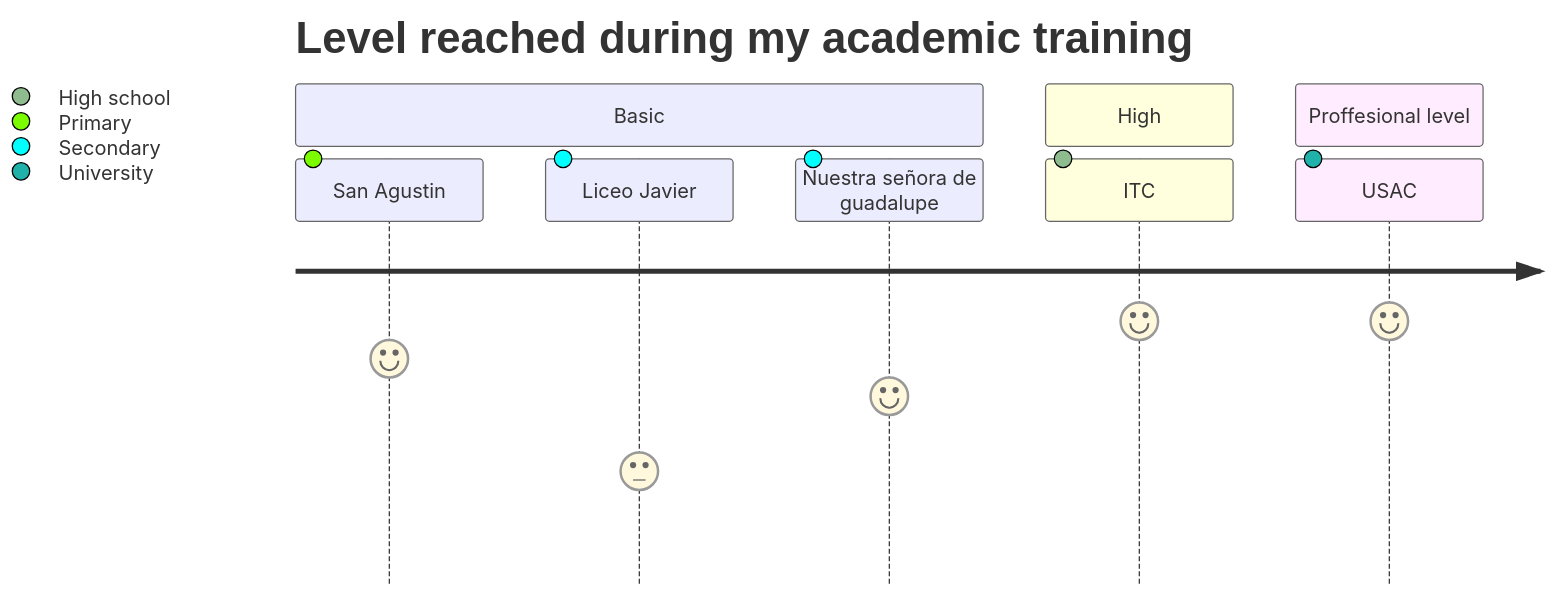
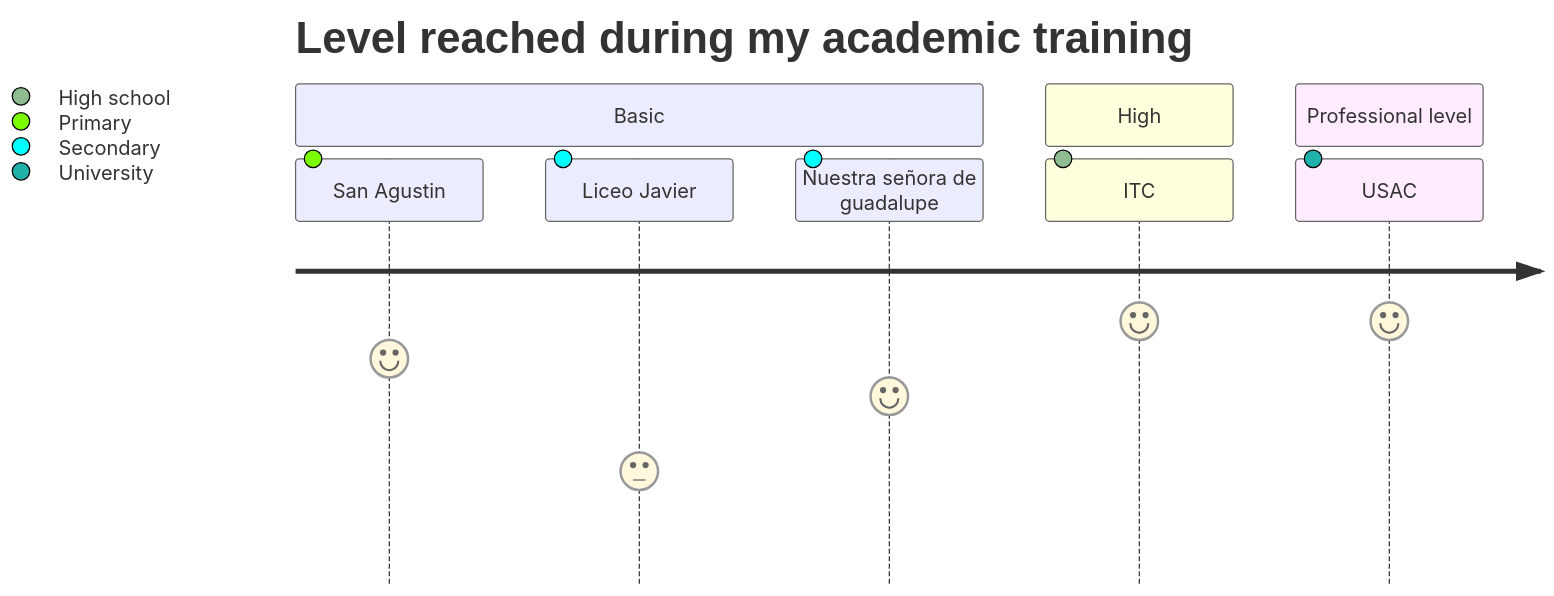
Before and after one commit to Bluevipe21/bluevipe21.github.io: the diagram in generic.md, drawn with Mermaid.

````diff
--- a/generic.md
+++ b/generic.md
@@ -45,12 +45,12 @@
 ```mermaid
 journey
     title Level reached during my academic training
     section Basic
       San Agustin: 6: Primary
       Liceo Javier: 3: Secondary
       Nuestra señora de guadalupe: 5: Secondary
     section High
       ITC: 7: High school
-    section Proffesional level
+    section Professional level
       USAC: 7: University
 ```
````
